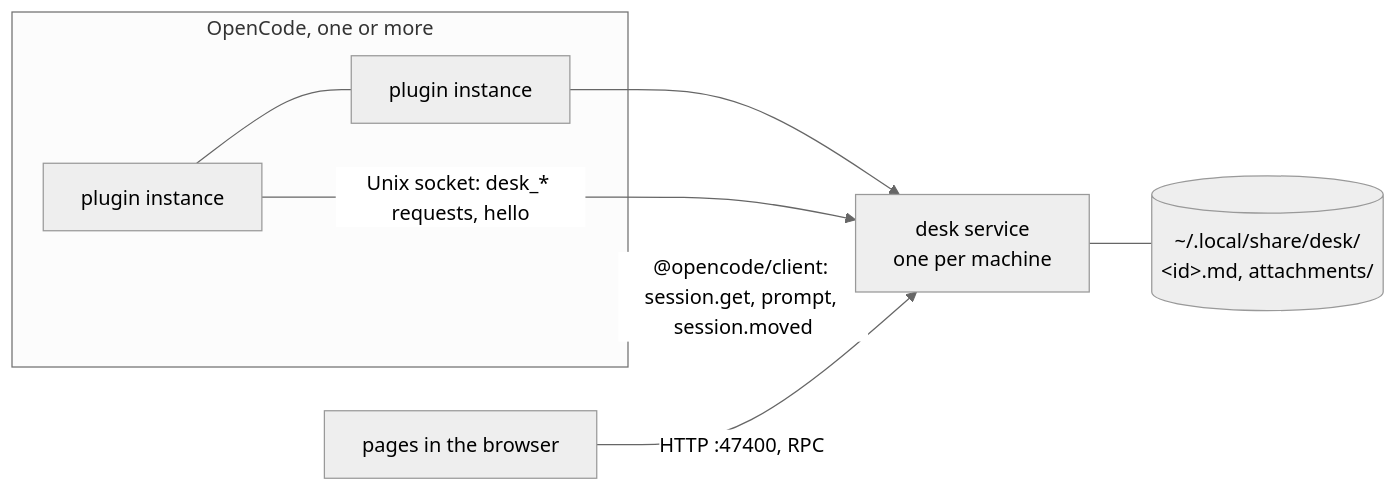
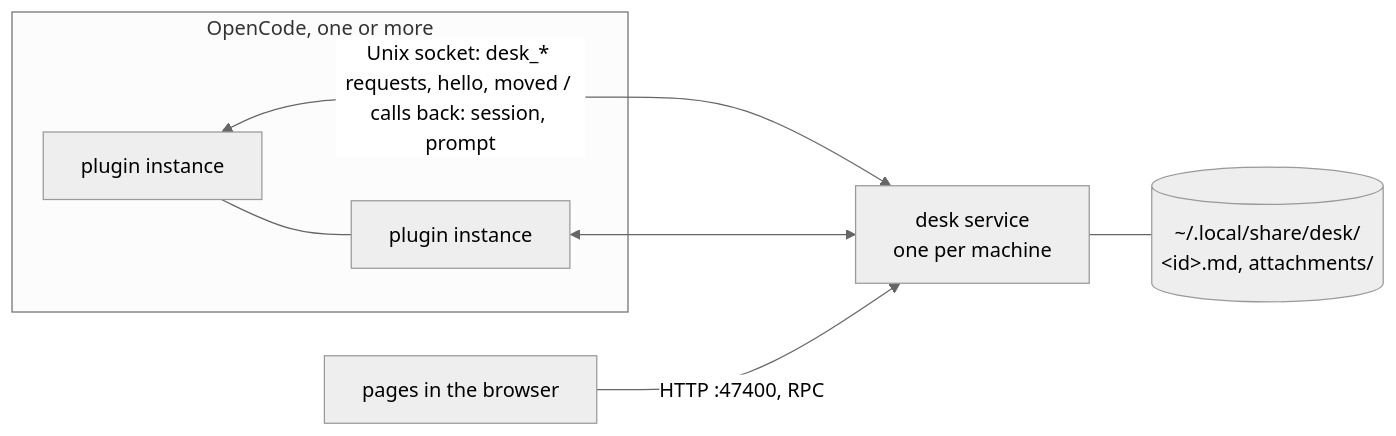
The diagram in README.md (HugeLetters/desk), drawn with Mermaid (neutral theme) before and after one commit. The commit also changed other lines of this file and 32 other files, not shown here.

Commit message:
Single service per store, generated protocol version, schema-checked socket, in-memory projects, token trims

````diff
--- a/README.md
+++ b/README.md
@@ -29,11 +30,11 @@
 ```mermaid
 flowchart LR
   subgraph OC[OpenCode, one or more]
     P1[plugin instance] --- P2[plugin instance]
   end
-  P1 -- "Unix socket: desk_* requests, hello" --> S
-  P2 --> S
+  P1 <-- "Unix socket: desk_* requests, hello, moved / calls back: session, prompt" --> S
+  P2 <--> S
   B[pages in the browser] -- "HTTP :47400, RPC" --> S
-  S[desk service<br/>one per machine] -- "@opencode/client: session.get, prompt, session.moved" --> OC
+  S[desk service<br/>one per machine]
   S --- F[(~/.local/share/desk/<br/>&lt;id&gt;.md, attachments/)]
 ```
````
